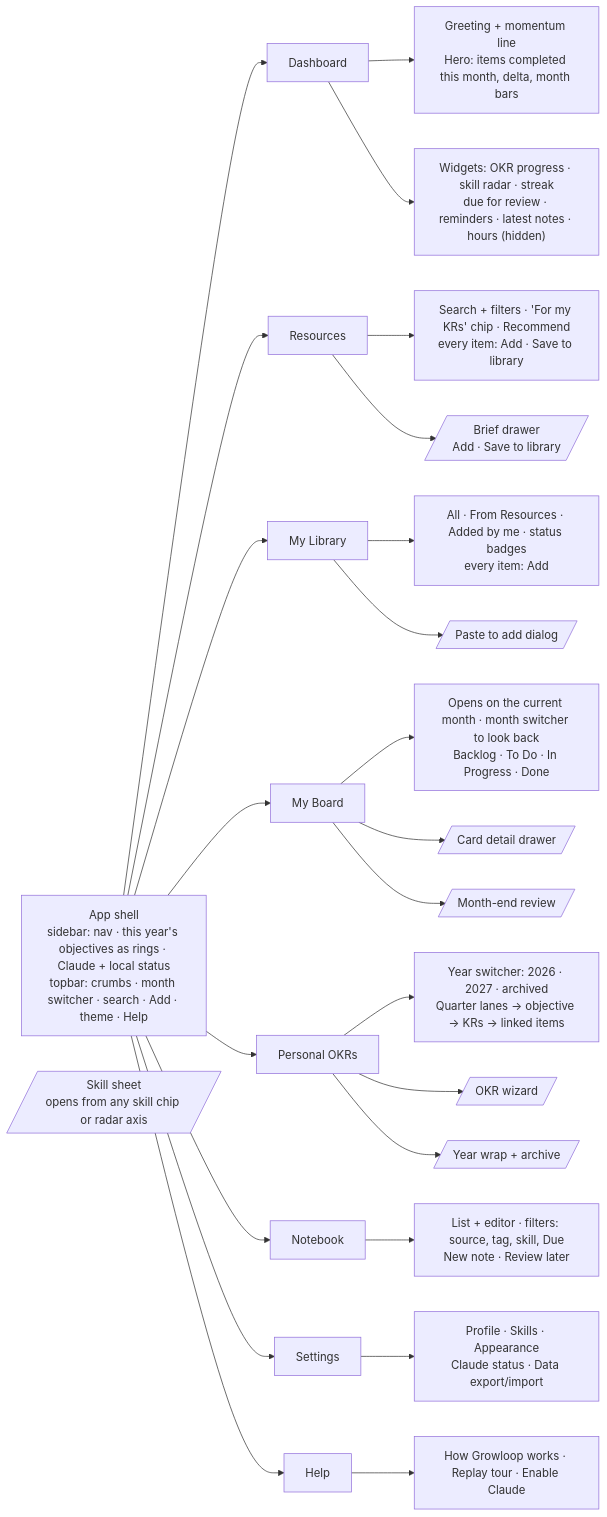
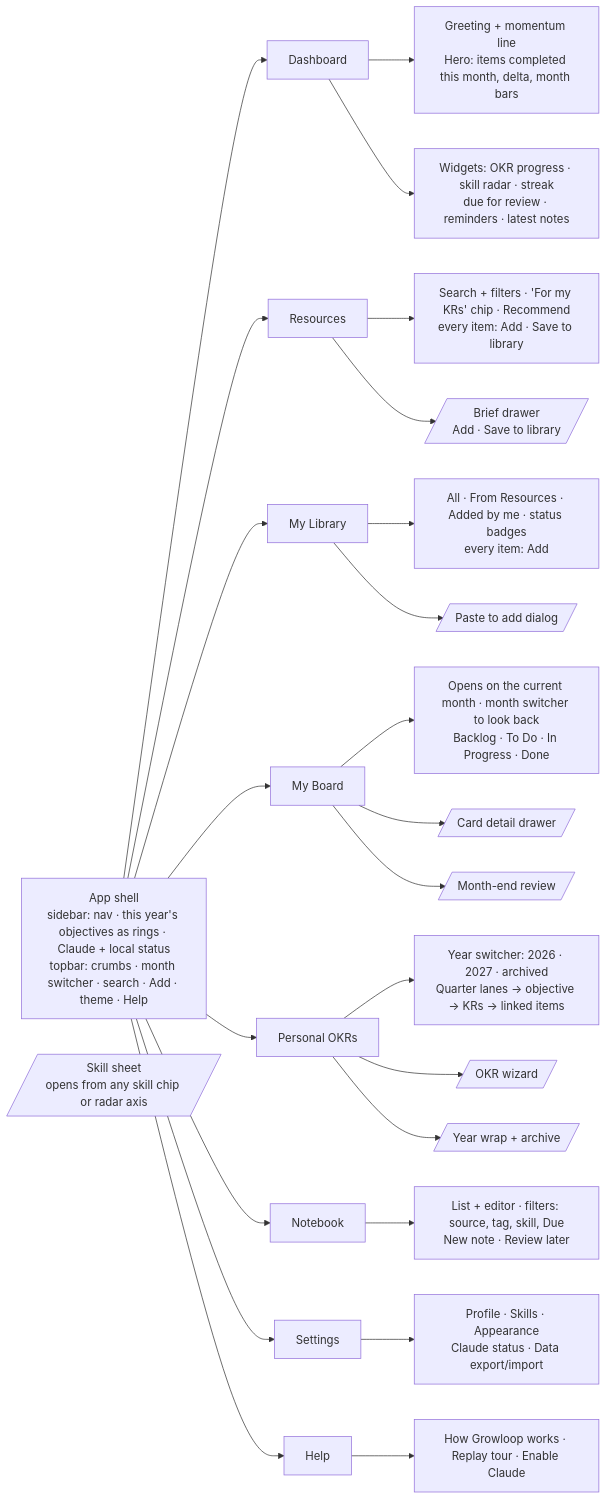
The second of 12 diagrams in docs/design/ux-flows.md (amojahedi/growloop), drawn with Mermaid before and after one commit. The commit also changed other lines of this file and 52 other files, not shown here.

First line of the commit message:
feat(dashboard): customizable widget grid, skill radar and skill impact (#12)

````diff
--- a/docs/design/ux-flows.md
+++ b/docs/design/ux-flows.md
@@ -48,29 +48,29 @@
 ```mermaid
 flowchart LR
   shell["App shell<br/>sidebar: nav · this year's objectives as rings · Claude + local status<br/>topbar: crumbs · month switcher · search · Add · theme · Help"]
   shell --> dash["Dashboard"]
   shell --> res["Resources"]
   shell --> lib["My Library"]
   shell --> board["My Board"]
   shell --> okr["Personal OKRs"]
   shell --> nb["Notebook"]
   shell --> set["Settings"]
   shell --> help["Help"]
 
   dash --> dash1["Greeting + momentum line<br/>Hero: items completed this month, delta, month bars"]
-  dash --> dash2["Widgets: OKR progress · skill radar · streak<br/>due for review · reminders · latest notes · hours (hidden)"]
+  dash --> dash2["Widgets: OKR progress · skill radar · streak<br/>due for review · reminders · latest notes"]
   res --> res1["Search + filters · 'For my KRs' chip · Recommend<br/>every item: Add · Save to library"]
   res --> brief[/"Brief drawer<br/>Add · Save to library"/]
   lib --> lib1["All · From Resources · Added by me · status badges<br/>every item: Add"]
   lib --> paste[/"Paste to add dialog"/]
   board --> board1["Opens on the current month · month switcher to look back<br/>Backlog · To Do · In Progress · Done"]
   board --> card[/"Card detail drawer"/]
   board --> review[/"Month-end review"/]
   okr --> okr1["Year switcher: 2026 · 2027 · archived<br/>Quarter lanes → objective → KRs → linked items"]
   okr --> wiz[/"OKR wizard"/]
   okr --> wrap[/"Year wrap + archive"/]
   nb --> nb1["List + editor · filters: source, tag, skill, Due<br/>New note · Review later"]
   set --> set1["Profile · Skills · Appearance<br/>Claude status · Data export/import"]
   help --> help1["How Growloop works · Replay tour · Enable Claude"]
   skill[/"Skill sheet<br/>opens from any skill chip or radar axis"/]
 ```
````
